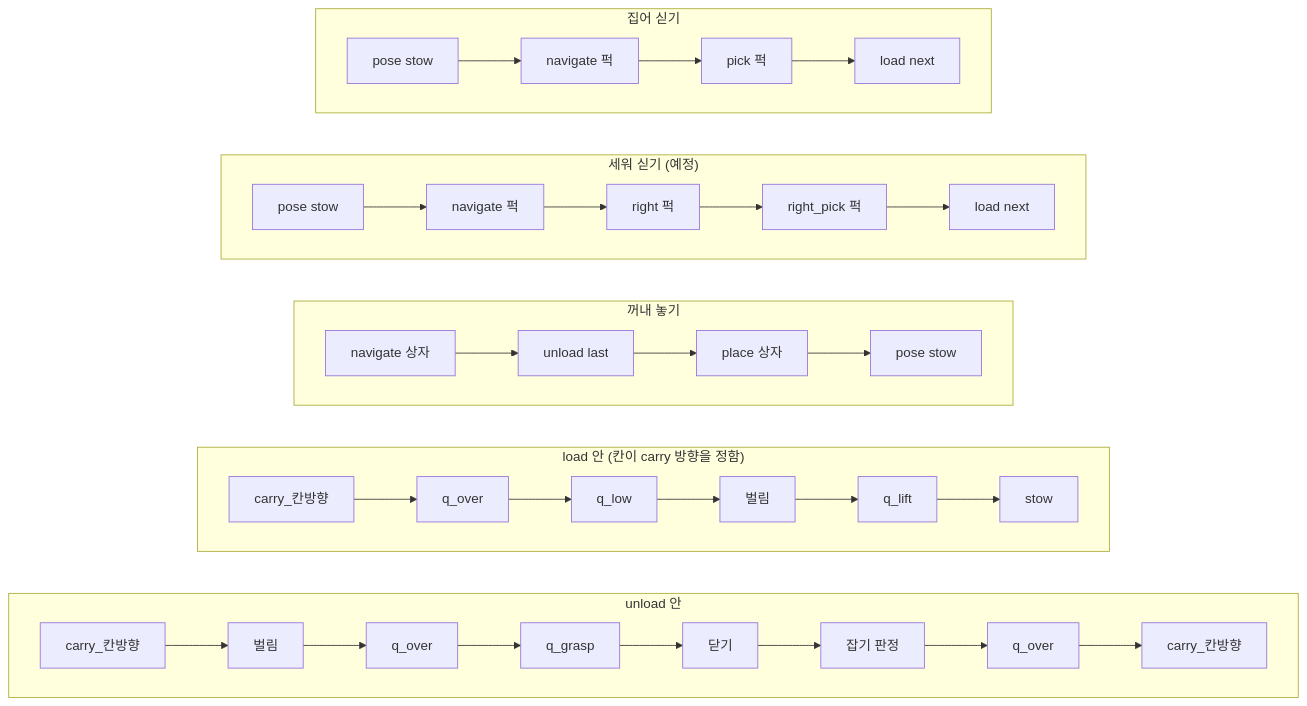
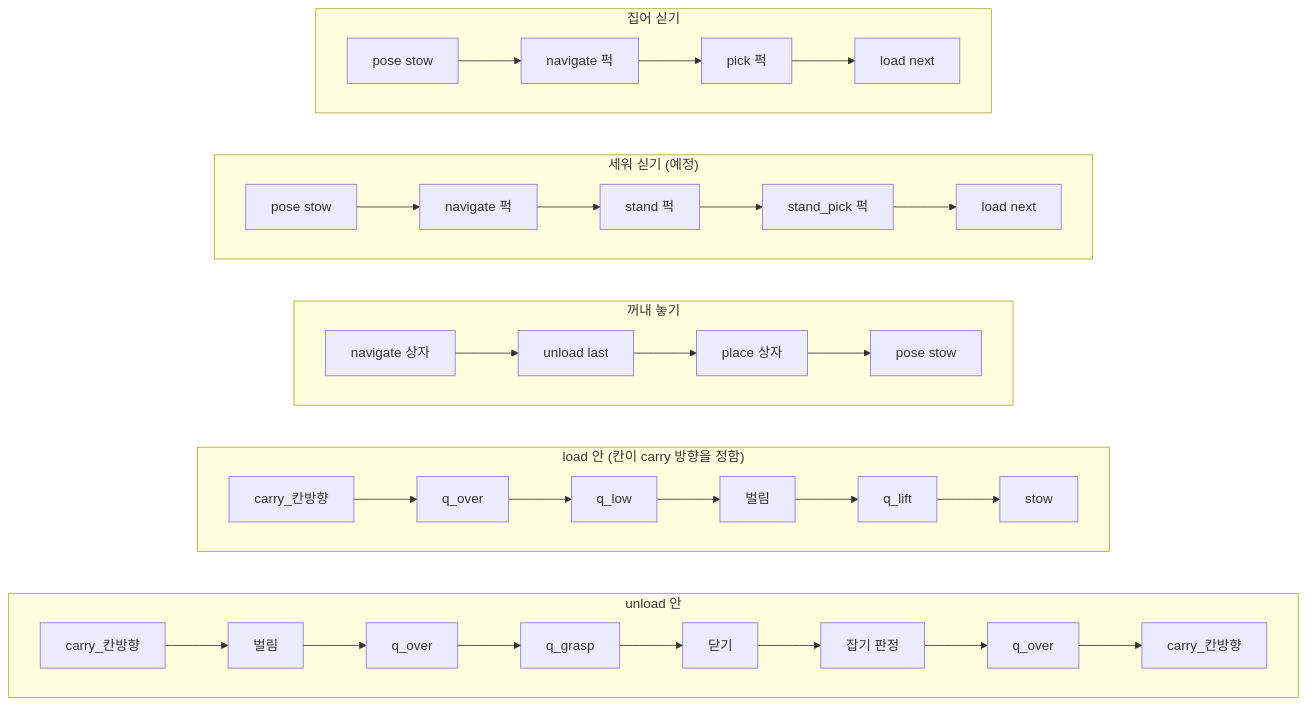
Before and after one commit to SeungHye-J/Lv2_bee_Assignment: the second of 2 diagrams in documents/project/ros/05-arm.md, drawn with Mermaid. The commit also changed other lines of this file, not shown here.

Commit message:
docs: 세우기 skill 이름 stand·stand_pick (스펙의 right·right-pick), 팀원 tilt 방식 반영

````diff
--- a/documents/project/ros/05-arm.md
+++ b/documents/project/ros/05-arm.md
@@ -70,24 +70,24 @@
 ```mermaid
 flowchart TB
   subgraph F1["집어 싣기"]
     direction LR
     a1["pose stow"] --> a2["navigate 퍽"] --> a3["pick 퍽"] --> a4["load next"]
   end
   subgraph F2["세워 싣기 (예정)"]
     direction LR
-    b1["pose stow"] --> b2["navigate 퍽"] --> b3["right 퍽"] --> b4["right_pick 퍽"] --> b5["load next"]
+    b1["pose stow"] --> b2["navigate 퍽"] --> b3["stand 퍽"] --> b4["stand_pick 퍽"] --> b5["load next"]
   end
   subgraph F3["꺼내 놓기"]
     direction LR
     c1["navigate 상자"] --> c2["unload last"] --> c3["place 상자"] --> c4["pose stow"]
   end
   subgraph L["load 안 (칸이 carry 방향을 정함)"]
     direction LR
     l1["carry_칸방향"] --> l2["q_over"] --> l3["q_low"] --> l4["벌림"] --> l5["q_lift"] --> l6["stow"]
   end
   subgraph U["unload 안"]
     direction LR
     u1["carry_칸방향"] --> u2["벌림"] --> u3["q_over"] --> u4["q_grasp"] --> u5["닫기"] --> u6["잡기 판정"] --> u7["q_over"] --> u8["carry_칸방향"]
   end
   F1 ~~~ F2 ~~~ F3 ~~~ L ~~~ U
 ```
````
